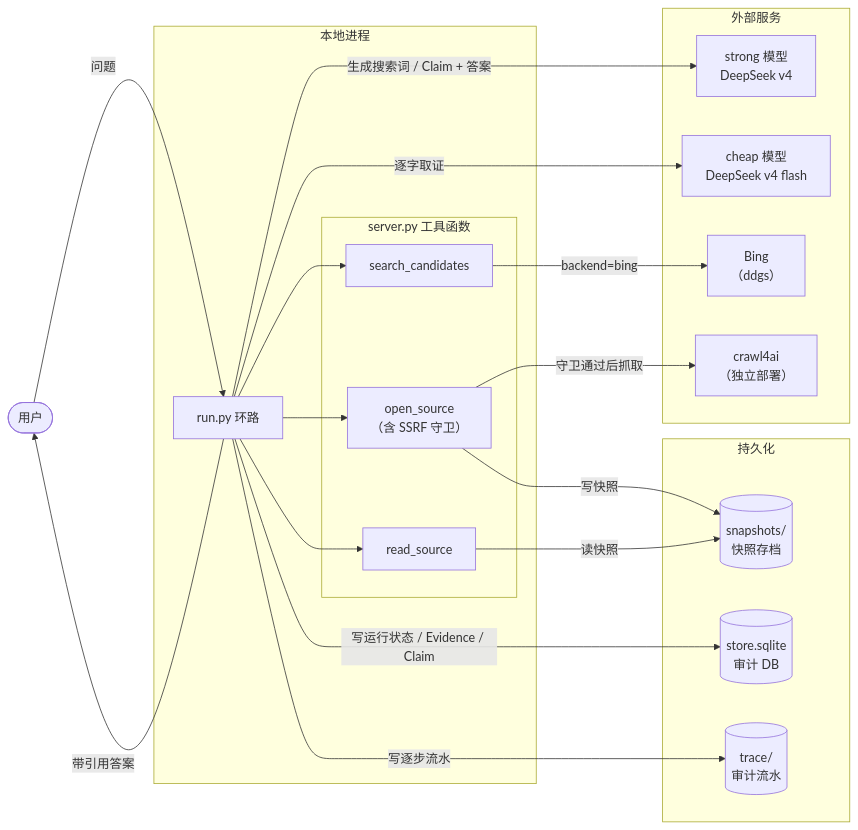
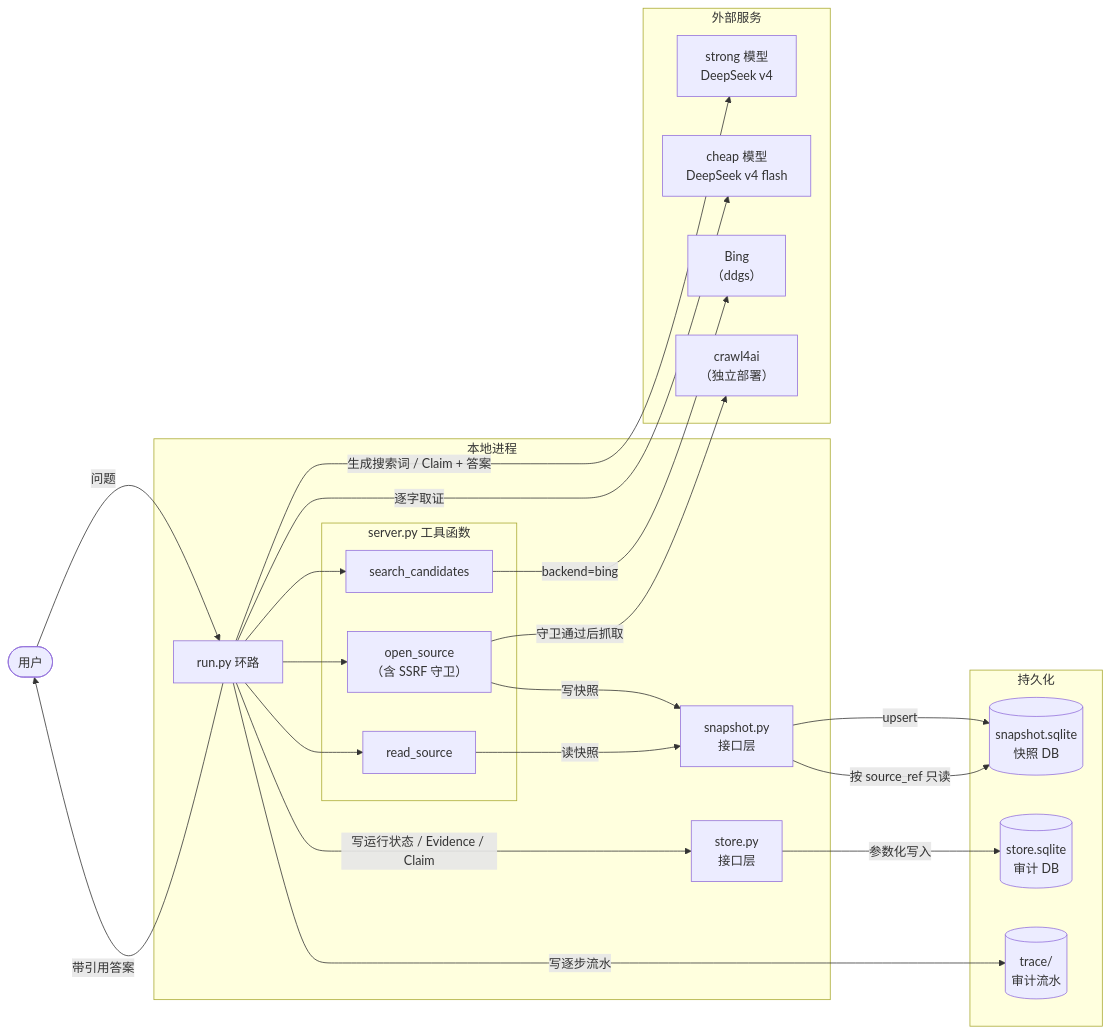
Before and after one commit to SuperCatQR/traceable-research-runtime: the first of 2 diagrams in docs/web-search-architecture.md, drawn with Mermaid. The commit also changed other lines of this file, not shown here.

Commit message:
docs(web-search): 接口层设计:snapshot.sqlite+store.py/snapshot.py隔离DB访问

````diff
--- a/docs/web-search-architecture.md
+++ b/docs/web-search-architecture.md
@@ -86,40 +86,45 @@
 ```mermaid
 graph LR
     U([用户])
 
     subgraph 本地进程
         R[run.py 环路]
         subgraph server.py 工具函数
             SC[search_candidates]
             OS["open_source\n（含 SSRF 守卫）"]
             RD[read_source]
         end
+        ST["store.py\n接口层"]
+        SN["snapshot.py\n接口层"]
     end
 
     subgraph 外部服务
         SE["Bing\n（ddgs）"]
         CR["crawl4ai\n（独立部署）"]
         S["strong 模型\nDeepSeek v4"]
         C["cheap 模型\nDeepSeek v4 flash"]
     end
 
     subgraph 持久化
-        SNAP[("snapshots/\n快照存档")]
+        SNAPDB[("snapshot.sqlite\n快照 DB")]
         DB[("store.sqlite\n审计 DB")]
         TR[("trace/\n审计流水")]
     end
 
     U -->|问题| R
     R -->|生成搜索词 / Claim + 答案| S
     R -->|逐字取证| C
     R --> SC
     SC -->|backend=bing| SE
     R --> OS
     OS -->|守卫通过后抓取| CR
-    OS -->|写快照| SNAP
+    OS -->|写快照| SN
+    SN -->|upsert| SNAPDB
     R --> RD
-    RD -->|读快照| SNAP
-    R -->|写运行状态 / Evidence / Claim| DB
+    RD -->|读快照| SN
+    SN -->|按 source_ref 只读| SNAPDB
+    R -->|写运行状态 / Evidence / Claim| ST
+    ST -->|参数化写入| DB
     R -->|写逐步流水| TR
     R -->|带引用答案| U
 ```
````
